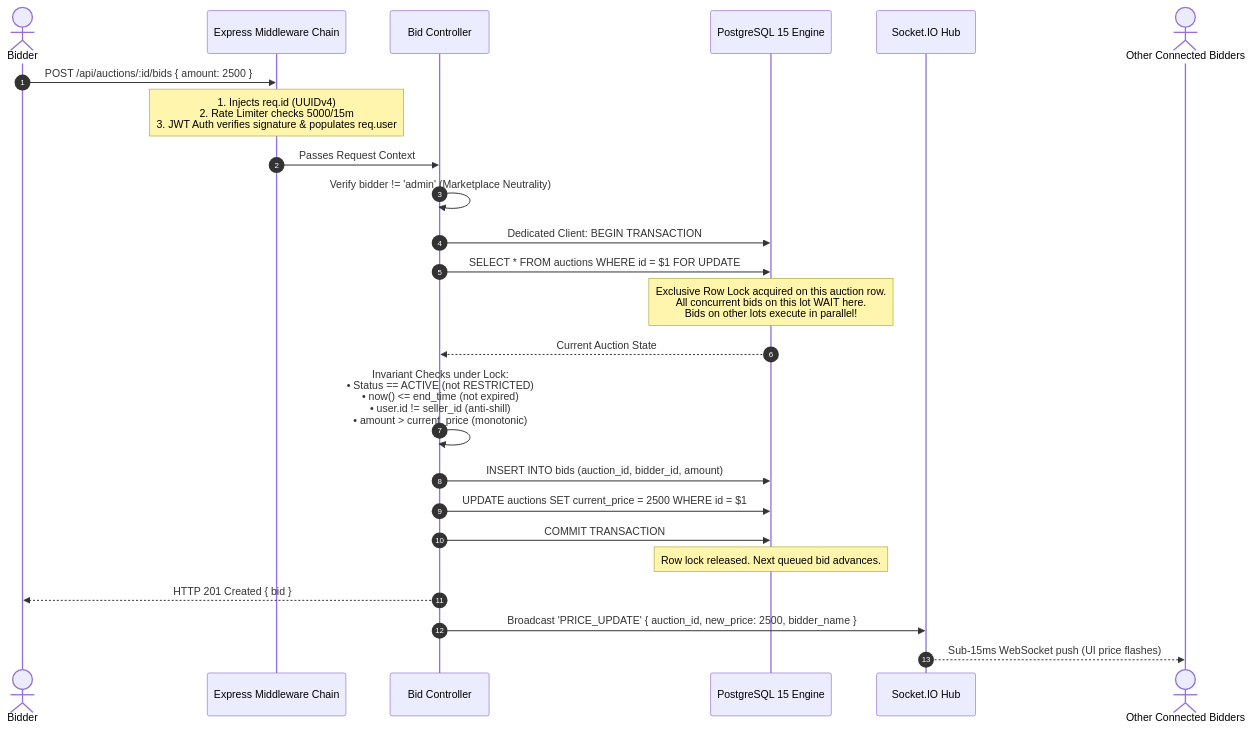
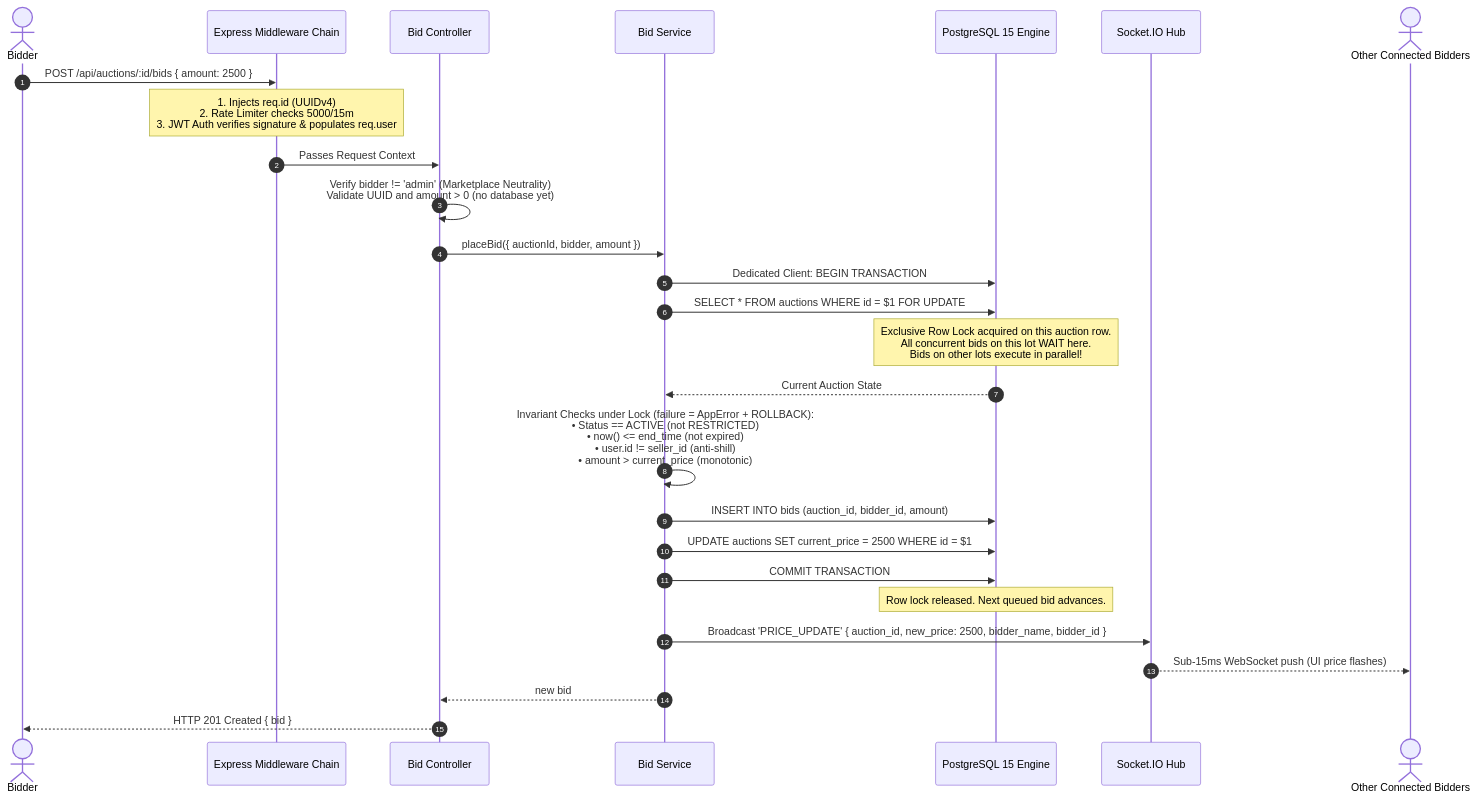
The third of 6 diagrams in bidding_system_hld.md (23abhishek2024/auctionloom), drawn with Mermaid before and after one commit. The commit also changed other lines of this file and 22 other files, not shown here.

````diff
--- a/bidding_system_hld.md
+++ b/bidding_system_hld.md
@@ -332,33 +342,35 @@
 ```mermaid
 sequenceDiagram
     autonumber
     actor Bidder
     participant MW as Express Middleware Chain
     participant Ctrl as Bid Controller
+    participant Svc as Bid Service
     participant DB as PostgreSQL 15 Engine
     participant WS as Socket.IO Hub
     actor Room as Other Connected Bidders
 
     Bidder->>MW: POST /api/auctions/:id/bids { amount: 2500 }
     Note over MW: 1. Injects req.id (UUIDv4)<br/>2. Rate Limiter checks 5000/15m<br/>3. JWT Auth verifies signature & populates req.user
     MW->>Ctrl: Passes Request Context
 
-    Ctrl->>Ctrl: Verify bidder != 'admin' (Marketplace Neutrality)
-    Ctrl->>DB: Dedicated Client: BEGIN TRANSACTION
-    Ctrl->>DB: SELECT * FROM auctions WHERE id = $1 FOR UPDATE
+    Ctrl->>Ctrl: Verify bidder != 'admin' (Marketplace Neutrality)<br/>Validate UUID and amount > 0 (no database yet)
+    Ctrl->>Svc: placeBid({ auctionId, bidder, amount })
+    Svc->>DB: Dedicated Client: BEGIN TRANSACTION
+    Svc->>DB: SELECT * FROM auctions WHERE id = $1 FOR UPDATE
     Note over DB: Exclusive Row Lock acquired on this auction row.<br/>All concurrent bids on this lot WAIT here.<br/>Bids on other lots execute in parallel!
-    DB-->>Ctrl: Current Auction State
+    DB-->>Svc: Current Auction State
 
-    Ctrl->>Ctrl: Invariant Checks under Lock:<br/>• Status == ACTIVE (not RESTRICTED)<br/>• now() <= end_time (not expired)<br/>• user.id != seller_id (anti-shill)<br/>• amount > current_price (monotonic)
+    Svc->>Svc: Invariant Checks under Lock (failure = AppError + ROLLBACK):<br/>• Status == ACTIVE (not RESTRICTED)<br/>• now() <= end_time (not expired)<br/>• user.id != seller_id (anti-shill)<br/>• amount > current_price (monotonic)
 
-    Ctrl->>DB: INSERT INTO bids (auction_id, bidder_id, amount)
-    Ctrl->>DB: UPDATE auctions SET current_price = 2500 WHERE id = $1
-    Ctrl->>DB: COMMIT TRANSACTION
+    Svc->>DB: INSERT INTO bids (auction_id, bidder_id, amount)
+    Svc->>DB: UPDATE auctions SET current_price = 2500 WHERE id = $1
+    Svc->>DB: COMMIT TRANSACTION
     Note over DB: Row lock released. Next queued bid advances.
 
+    %% Real-time broadcast strictly POST-COMMIT
+    Svc->>WS: Broadcast 'PRICE_UPDATE' { auction_id, new_price: 2500, bidder_name, bidder_id }
+    WS-->>Room: Sub-15ms WebSocket push (UI price flashes)
+    Svc-->>Ctrl: new bid
     Ctrl-->>Bidder: HTTP 201 Created { bid }
-
-    %% Real-time broadcast strictly POST-COMMIT
-    Ctrl->>WS: Broadcast 'PRICE_UPDATE' { auction_id, new_price: 2500, bidder_name }
-    WS-->>Room: Sub-15ms WebSocket push (UI price flashes)
 ```
````
